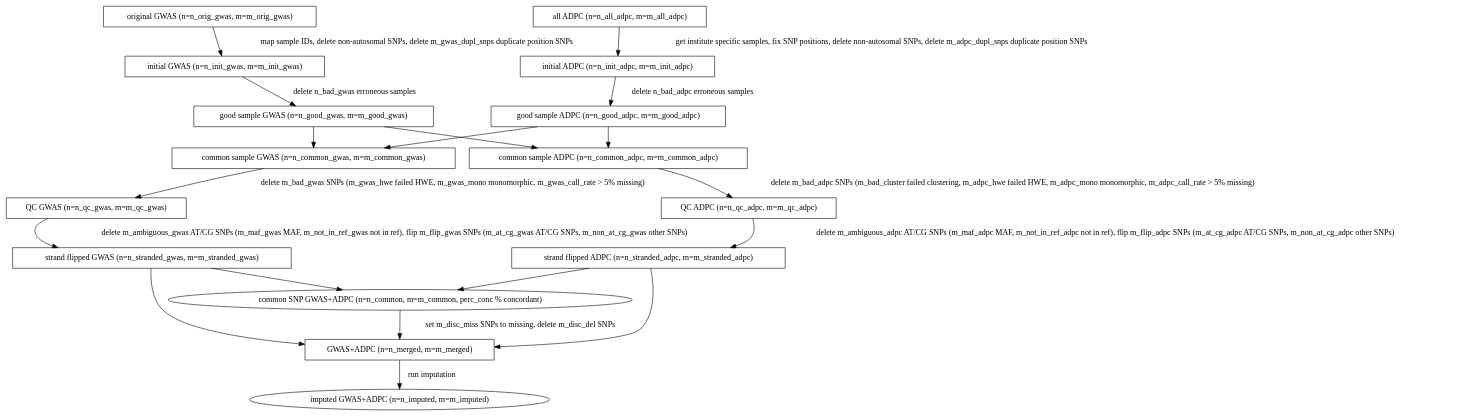
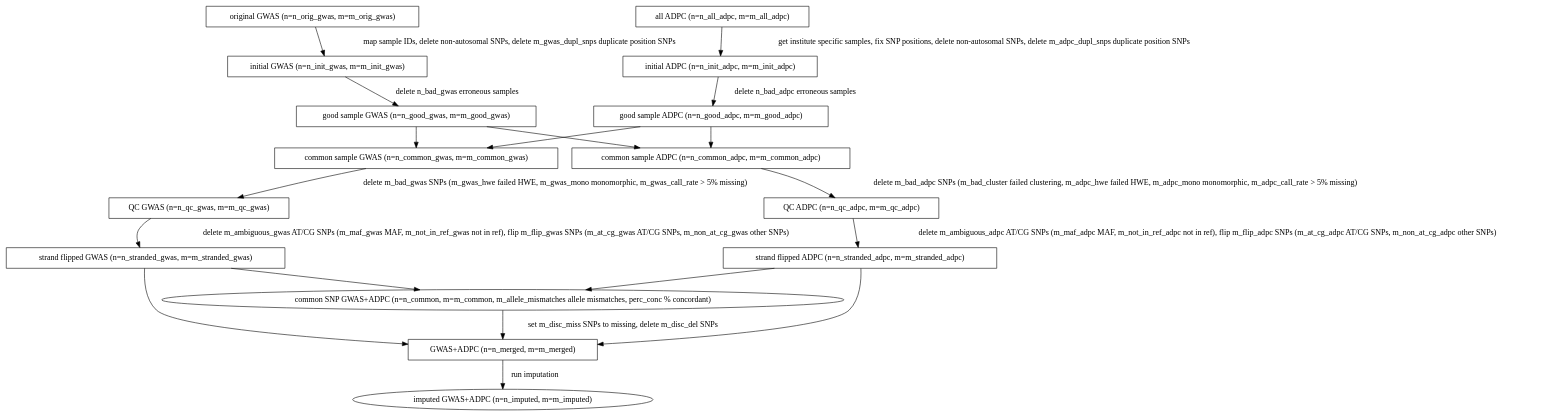
One commit to CAAPA/gwas_adpc_imputation_pipeline changed the diagram in doc/flow.dot. Above: the diagram before and after it, drawn with Graphviz. The commit also changed 1 other file, not shown here.

Commit message:
Adding information on nr of allele mismatches

```diff
--- a/doc/flow.dot
+++ b/doc/flow.dot
@@ -1,91 +1,91 @@
 #!dot
 digraph {
 
     //Initial GWAS flow
 
     ORIG_GWAS [label="original GWAS (n=n_orig_gwas, m=m_orig_gwas)",
                shape=box] //params: n_orig_gwas, m_orig_gwas
     INIT_GWAS [label="initial GWAS (n=n_init_gwas, m=m_init_gwas)",
                shape=box] //params: n_init_gwas, m_init_gwas
     ORIG_GWAS -> INIT_GWAS [label= " map sample IDs, delete non-autosomal SNPs, delete m_gwas_dupl_snps duplicate position SNPs"];
                  //script: get_gwas_samples
 
 
     GOOD_GWAS [label="good sample GWAS (n=n_good_gwas, m=m_good_gwas)",
                shape=box] //params: n_good_gwas, m_good_gwas
     INIT_GWAS -> GOOD_GWAS [label=" delete n_bad_gwas erroneous samples"];
                 //script: get_good_samples; params: n_bad_gwas
 
     COMMON_GWAS [label="common sample GWAS (n=n_common_gwas, m=m_common_gwas)",
                  shape=box] //params: n_common_gwas, m=m_common_gwas
     GOOD_GWAS -> COMMON_GWAS;
                  //script: get_common_samples
 
     QC_GWAS [label="QC GWAS (n=n_qc_gwas, m=m_qc_gwas)",
              shape=box] //params: n_qc_gwas, m=m_qc_gwas
     COMMON_GWAS -> QC_GWAS [label=" delete m_bad_gwas SNPs (m_gwas_hwe failed HWE, m_gwas_mono monomorphic, m_gwas_call_rate > 5% missing)"];
                 //script: do_gwas_qc; params: m_bad_gwas
                 //m (whatever subcategories removed)
 
 
     FLIPPED_GWAS [label="strand flipped GWAS (n=n_stranded_gwas, m=m_stranded_gwas)",
                   shape=box] //params: n_stranded_gwas, m_stranded_gwas
     QC_GWAS -> FLIPPED_GWAS  [label=" delete m_ambiguous_gwas AT/CG SNPs (m_maf_gwas MAF, m_not_in_ref_gwas not in ref), flip m_flip_gwas SNPs (m_at_cg_gwas AT/CG SNPs, m_non_at_cg_gwas other SNPs)"];
                  //script: flip_strands; params: m_flip_gwas, m_ambiguous_gwas
 
 
     //Initial ADPC flow
 
     ALL_ADPC [label="all ADPC (n=n_all_adpc, m=m_all_adpc)",
               shape=box] //params:n_all_adpc, m_all_adpc
     INIT_ADPC [label="initial ADPC (n=n_init_adpc, m=m_init_adpc)",
                shape=box] //params: n_init_adpc, m_init_adpc
     ALL_ADPC -> INIT_ADPC [label=" get institute specific samples, fix SNP positions, delete non-autosomal SNPs, delete m_adpc_dupl_snps duplicate position SNPs"]
                 //script: get_adpc_samples (site)
 
 
     GOOD_ADPC [label="good sample ADPC (n=n_good_adpc, m=m_good_adpc)",
                shape=box] //params: n_good_adpc, m_good_adpc
     INIT_ADPC -> GOOD_ADPC [label=" delete n_bad_adpc erroneous samples"];
                 //script: get_good_samples; params: n_bad_adpc
 
     COMMON_ADPC [label="common sample ADPC (n=n_common_adpc, m=m_common_adpc)",
                  shape=box] //params: n_common_adpc, m=m_common_adpc
     GOOD_ADPC -> COMMON_ADPC;
                  //script: get_common_samples
 
     QC_ADPC [label="QC ADPC (n=n_qc_adpc, m=m_qc_adpc)",
              shape=box] //params: n_qc_adpc, m=m_qc_adpc
     COMMON_ADPC -> QC_ADPC [label=" delete m_bad_adpc SNPs (m_bad_cluster failed clustering, m_adpc_hwe failed HWE, m_adpc_mono monomorphic, m_adpc_call_rate > 5% missing)"];
                 //script: do_adpc_qc; params: m_bad_adpc
                 //m (whatever subcategories removed)
                 //remember to also remove ACGT
 
     FLIPPED_ADPC [label="strand flipped ADPC (n=n_stranded_adpc, m=m_stranded_adpc)",
                   shape=box] //params: n_stranded_adpc, m_stranded_adpc
     QC_ADPC -> FLIPPED_ADPC [label=" delete m_ambiguous_adpc AT/CG SNPs (m_maf_adpc MAF, m_not_in_ref_adpc not in ref), flip m_flip_adpc SNPs (m_at_cg_adpc AT/CG SNPs, m_non_at_cg_adpc other SNPs)"]
                  //script: flip_strands; params: m_flip_adpc, m_ambiguous_adpc
 
 
 
     //GWAS + ADPC flows
 
     GOOD_ADPC -> COMMON_GWAS;
     GOOD_GWAS -> COMMON_ADPC;
 
-    COMMON_SNP [label="common SNP GWAS+ADPC (n=n_common, m=m_common, perc_conc % concordant)",
+    COMMON_SNP [label="common SNP GWAS+ADPC (n=n_common, m=m_common, m_allele_mismatches allele mismatches, perc_conc % concordant)",
                 shape=ellipse] //params: n_common, m_common
     FLIPPED_GWAS -> COMMON_SNP; //script: get_common_snp_files
     FLIPPED_ADPC -> COMMON_SNP; //script: get_common_snp_files
 
     MERGED [label="GWAS+ADPC (n=n_merged, m=m_merged)",
             shape=box] //params: n_merged, m_merged
     COMMON_SNP -> MERGED [label= " set m_disc_miss SNPs to missing, delete m_disc_del SNPs"];
             //script: merge_adpc_gwas; params: m_disc_miss, m_disc_del
     FLIPPED_GWAS -> MERGED;
     FLIPPED_ADPC -> MERGED;
 
     IMPUTED [label="imputed GWAS+ADPC (n=n_imputed, m=m_imputed)"]
     MERGED -> IMPUTED [label=" run imputation"];
                 //script:
 }
```
